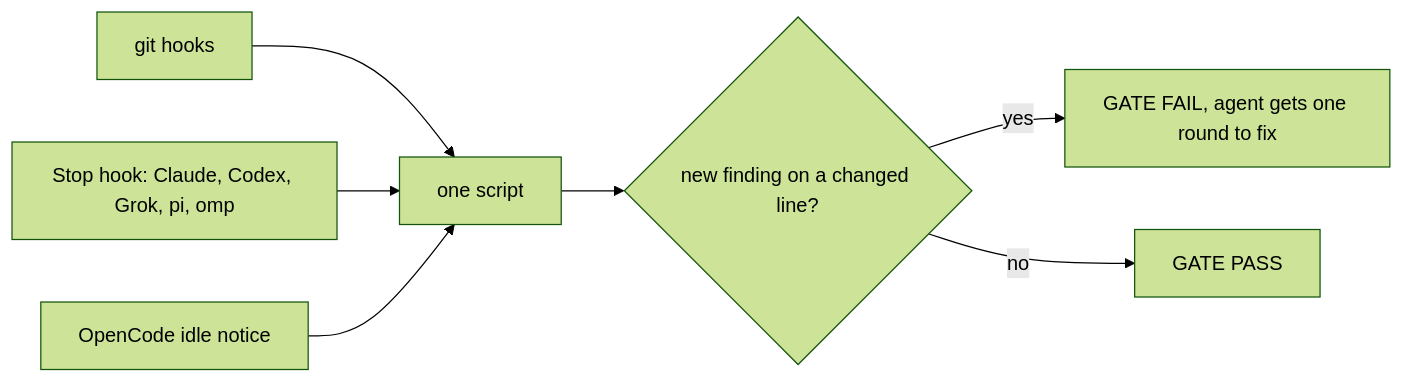
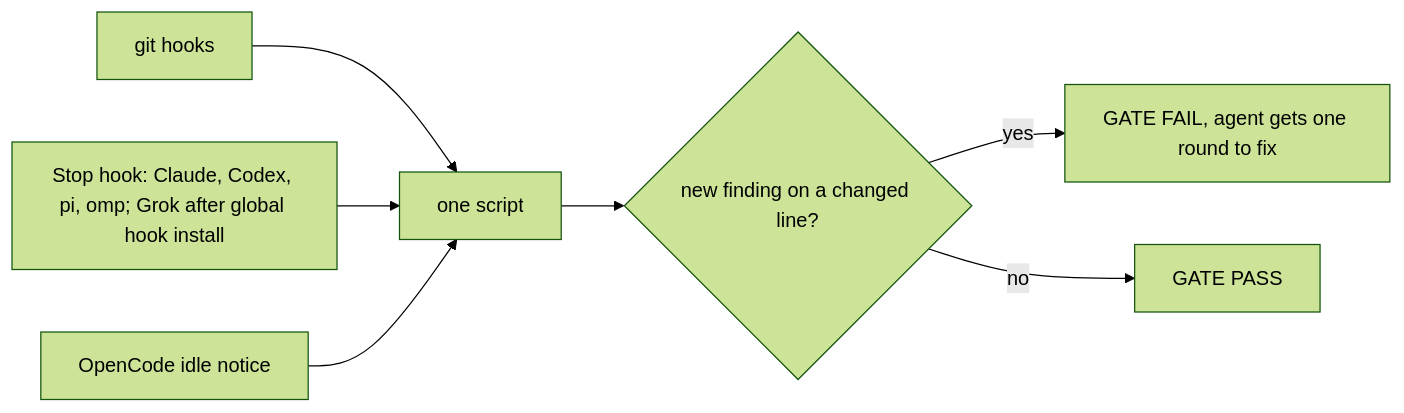
One commit to smixs/code-quality changed the diagram in README.md. Above: the diagram before and after it, drawn with Mermaid (forest theme). The commit also changed other lines of this file and 3 other files, not shown here.

Commit message:
Install Grok hooks in global discovery directory

````diff
--- a/README.md
+++ b/README.md
@@ -58,9 +58,9 @@
 ```mermaid
 flowchart LR
     A[git hooks] --> Q
-    B[Stop hook: Claude, Codex, Grok, pi, omp] --> Q
+    B[Stop hook: Claude, Codex, pi, omp; Grok after global hook install] --> Q
     C[OpenCode idle notice] --> Q
     Q[one script] --> D{new finding on a changed line?}
     D -->|yes| F[GATE FAIL, agent gets one round to fix]
     D -->|no| P[GATE PASS]
 ```
````
